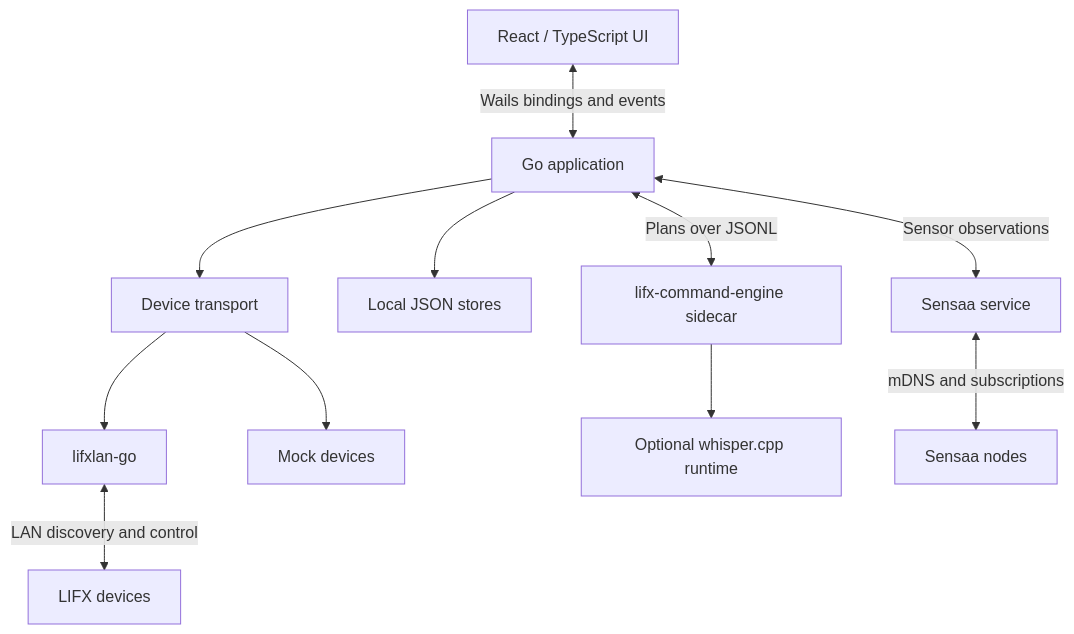
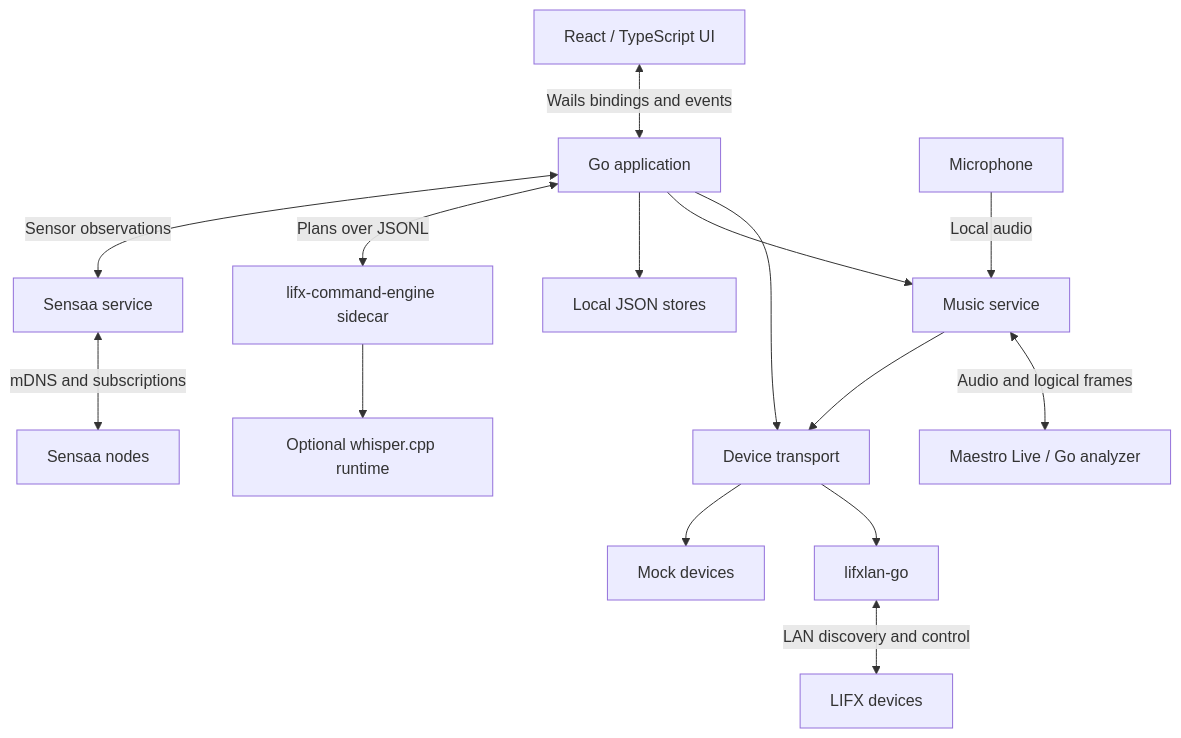
One commit to alessio-palumbo/hikari-desktop changed the diagram in README.md. Above: the diagram before and after it, drawn with Mermaid. The commit also changed other lines of this file, not shown here.

Commit message:
[docs] refresh Music and Scenes overview

````diff
--- a/README.md
+++ b/README.md
@@ -314,13 +330,17 @@
 ```mermaid
 flowchart TB
     UI[React / TypeScript UI] <-->|Wails bindings and events| App[Go application]
     App --> Transport[Device transport]
     Transport --> LIFX[lifxlan-go]
     LIFX <-->|LAN discovery and control| Lights[LIFX devices]
     Transport --> Mock[Mock devices]
+    App --> Music[Music service]
+    Microphone -->|Local audio| Music
+    Music <-->|Audio and logical frames| Maestro[Maestro Live / Go analyzer]
+    Music --> Transport
     App --> Store[Local JSON stores]
     App <-->|Plans over JSONL| Commands[lifx-command-engine sidecar]
     Commands --> Voice[Optional whisper.cpp runtime]
     App <-->|Sensor observations| Sensaa[Sensaa service]
     Sensaa <-->|mDNS and subscriptions| Sensors[Sensaa nodes]
 ```
````
